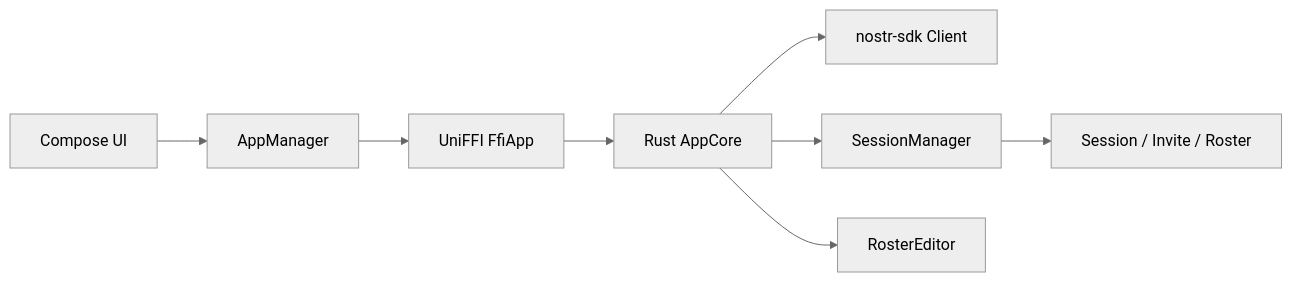
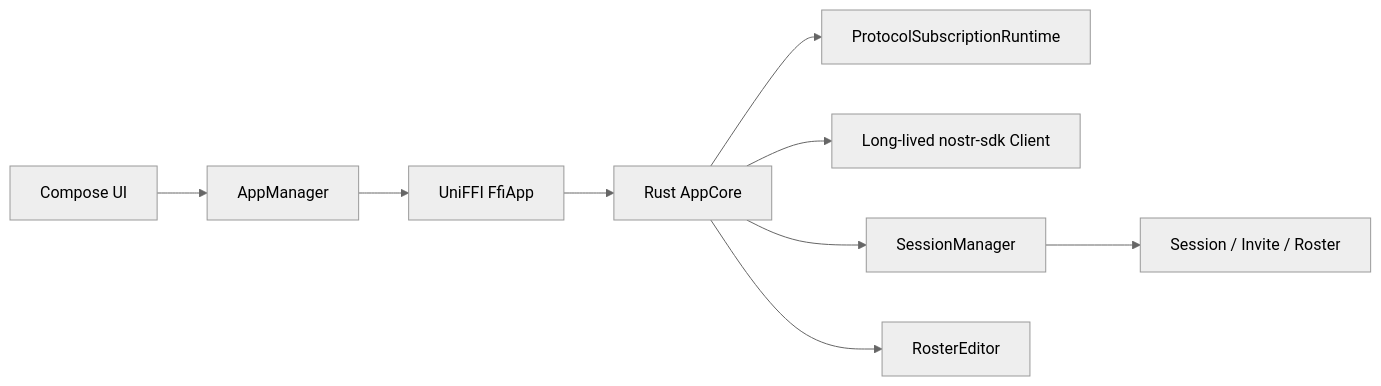
Before and after one commit to lauri000/ndr-demo-app: the first of 11 diagrams in ARCHITECTURE_REVIEW.md, drawn with Mermaid (neutral theme). The commit also changed other lines of this file and 3 other files, not shown here.

````diff
--- a/ARCHITECTURE_REVIEW.md
+++ b/ARCHITECTURE_REVIEW.md
@@ -17,10 +17,11 @@
 ```mermaid
 flowchart LR
   UI["Compose UI"] --> AM["AppManager"]
   AM --> FFI["UniFFI FfiApp"]
   FFI --> CORE["Rust AppCore"]
-  CORE --> NOSTR["nostr-sdk Client"]
+  CORE --> SUBS["ProtocolSubscriptionRuntime"]
+  CORE --> NOSTR["Long-lived nostr-sdk Client"]
   CORE --> SM["SessionManager"]
   CORE --> RE["RosterEditor"]
   SM --> LIB["Session / Invite / Roster"]
 ```
````
